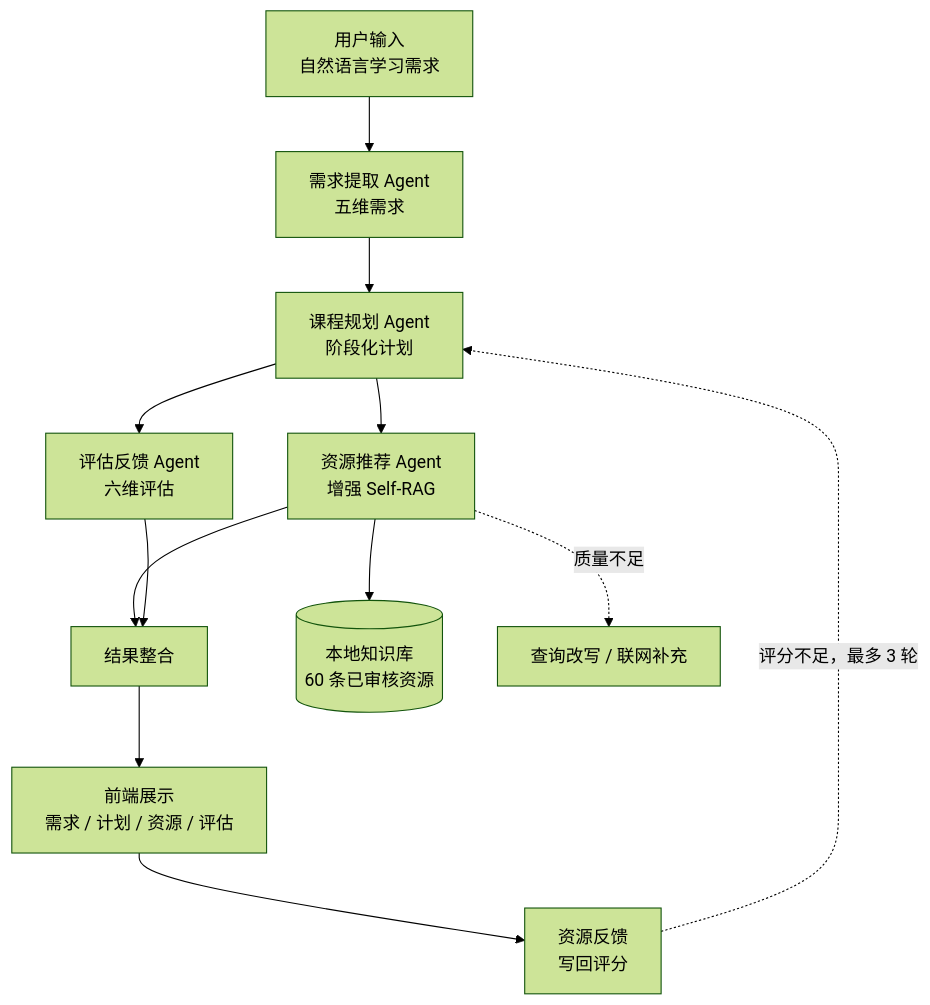
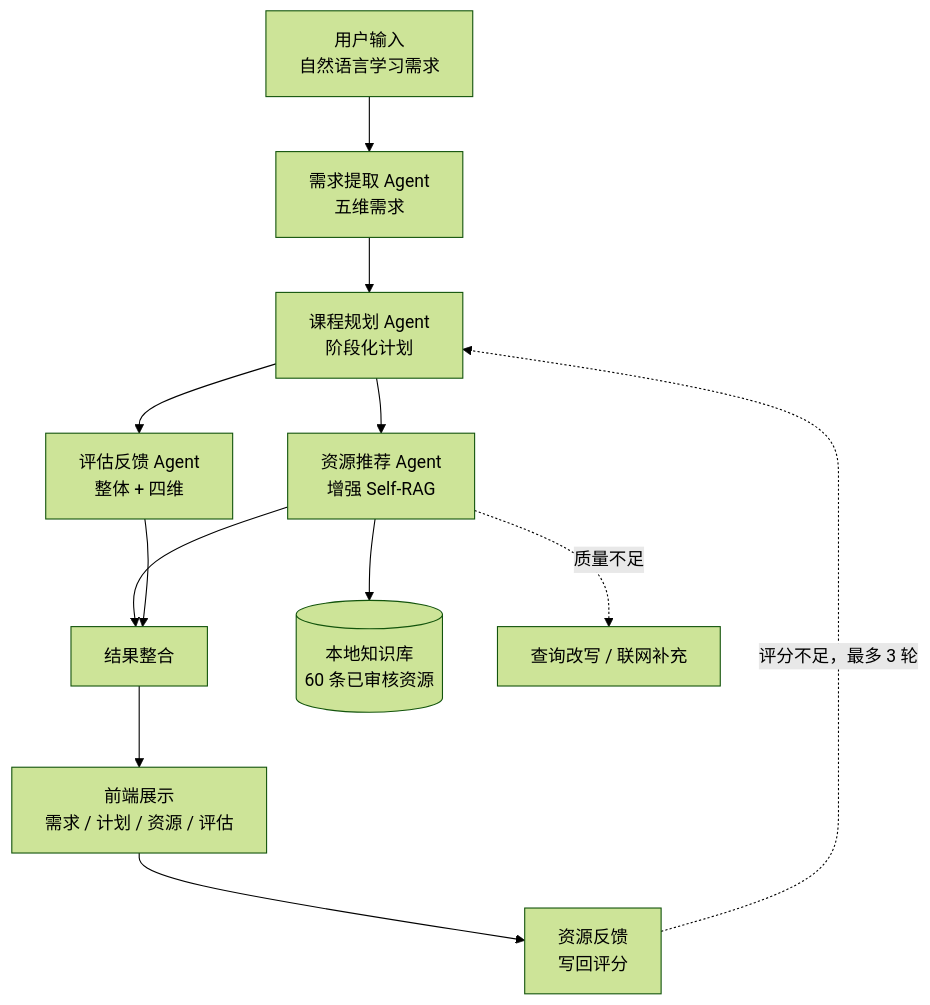
Before and after one commit to 1t8y/multi-agent-learning-planner: the diagram in README.md, drawn with Mermaid (forest theme). The commit also changed other lines of this file and 4 other files, not shown here.

````diff
--- a/README.md
+++ b/README.md
@@ -60,14 +60,14 @@
 ```mermaid
 flowchart TD
     U[用户输入<br/>自然语言学习需求] --> E[需求提取 Agent<br/>五维需求]
     E --> P[课程规划 Agent<br/>阶段化计划]
     P --> R[资源推荐 Agent<br/>增强 Self-RAG]
-    P --> A[评估反馈 Agent<br/>六维评估]
+    P --> A[评估反馈 Agent<br/>整体 + 四维]
     R --> M[结果整合]
     A --> M
     M --> F[前端展示<br/>需求 / 计划 / 资源 / 评估]
     F --> FB[资源反馈<br/>写回评分]
     FB -.评分不足，最多 3 轮.-> P
     R --> KB[(本地知识库<br/>60 条已审核资源)]
     R -.质量不足.-> Q[查询改写 / 联网补充]
 ```
````
